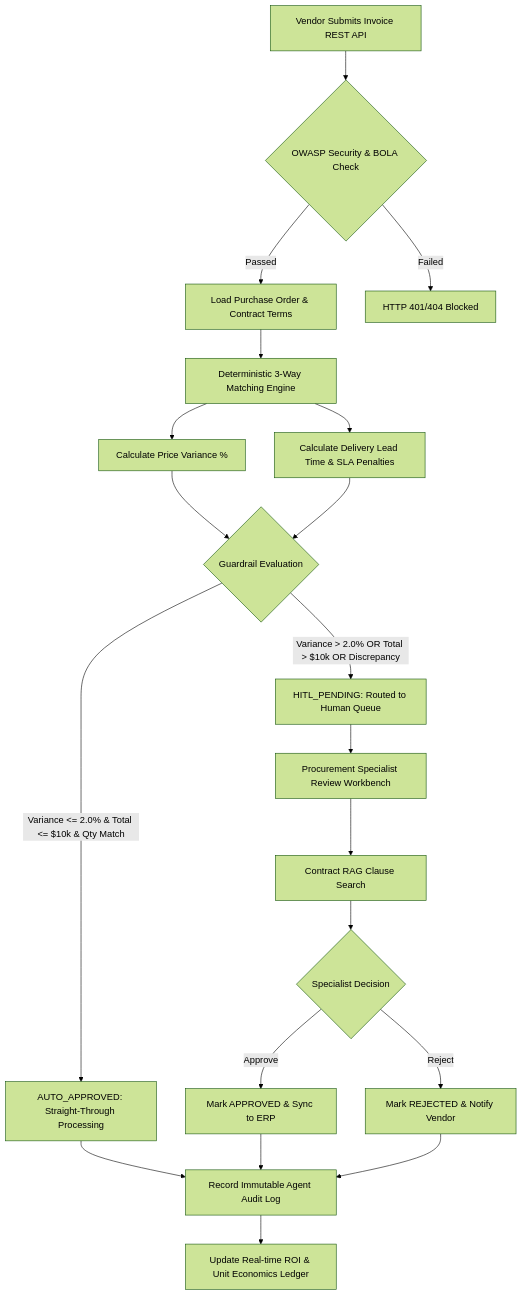
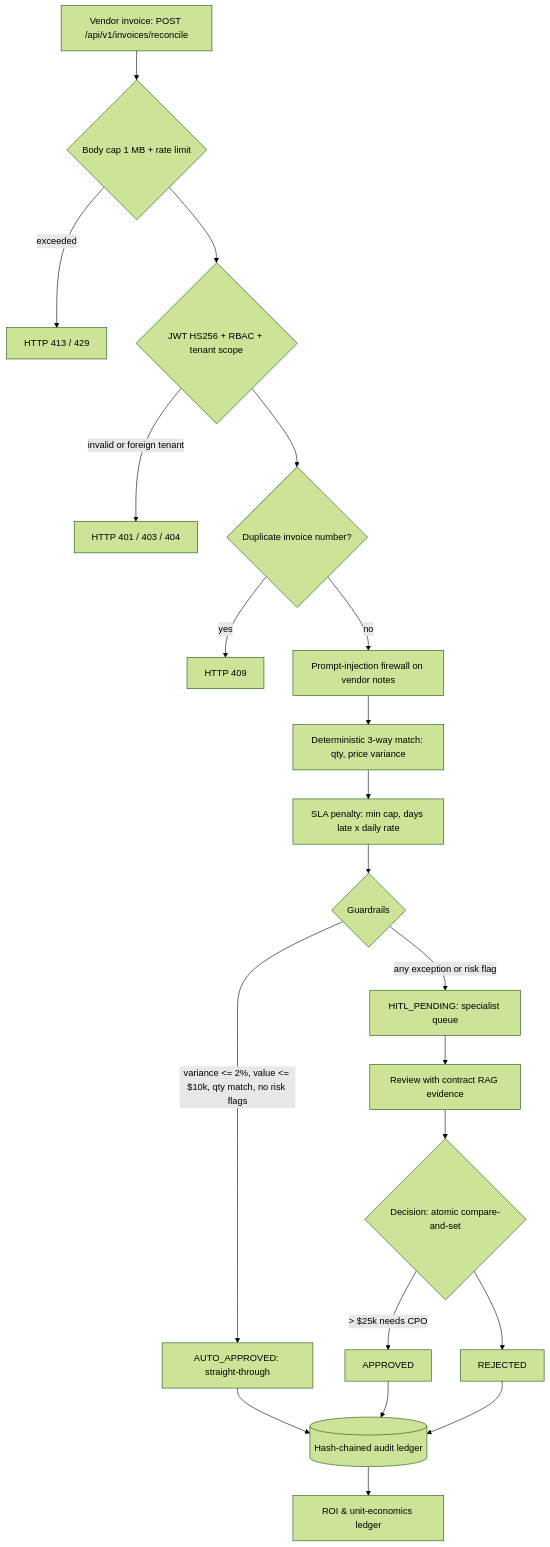
Before and after one commit to samuelhtampubolon/autonomous-b2b-procurement-agent: the diagram in README.md, drawn with Mermaid (forest theme). The commit also changed other lines of this file and 17 other files, not shown here.

````diff
--- a/README.md
+++ b/README.md
@@ -32,25 +48,23 @@
 ```mermaid
 graph TD
-    A[Vendor Submits Invoice REST API] --> B{OWASP Security & BOLA Check}
-    B -->|Passed| C[Load Purchase Order & Contract Terms]
-    B -->|Failed| Z1[HTTP 401/404 Blocked]
-    
-    C --> D[Deterministic 3-Way Matching Engine]
-    D --> E[Calculate Price Variance %]
-    D --> F[Calculate Delivery Lead Time & SLA Penalties]
-    
-    E & F --> G{Guardrail Evaluation}
-    G -->|Variance <= 2.0% & Total <= $10k & Qty Match| H[AUTO_APPROVED: Straight-Through Processing]
-    G -->|Variance > 2.0% OR Total > $10k OR Discrepancy| I[HITL_PENDING: Routed to Human Queue]
-    
-    I --> J[Procurement Specialist Review Workbench]
-    J --> K[Contract RAG Clause Search]
-    K --> L{Specialist Decision}
-    L -->|Approve| M[Mark APPROVED & Sync to ERP]
-    L -->|Reject| N[Mark REJECTED & Notify Vendor]
-    
-    H --> O[Record Immutable Agent Audit Log]
+    A[Vendor invoice: POST /api/v1/invoices/reconcile] --> B{Body cap 1 MB + rate limit}
+    B -->|exceeded| Z0[HTTP 413 / 429]
+    B --> C{JWT HS256 + RBAC + tenant scope}
+    C -->|invalid or foreign tenant| Z1[HTTP 401 / 403 / 404]
+    C --> D{Duplicate invoice number?}
+    D -->|yes| Z2[HTTP 409]
+    D -->|no| E[Prompt-injection firewall on vendor notes]
+    E --> F[Deterministic 3-way match: qty, price variance]
+    F --> G[SLA penalty: min cap, days late x daily rate]
+    G --> H{Guardrails}
+    H -->|variance <= 2%, value <= $10k, qty match, no risk flags| I[AUTO_APPROVED: straight-through]
+    H -->|any exception or risk flag| J[HITL_PENDING: specialist queue]
+    J --> K[Review with contract RAG evidence]
+    K --> L{Decision: atomic compare-and-set}
+    L -->|> $25k needs CPO| M[APPROVED]
+    L --> N[REJECTED]
+    I --> O[(Hash-chained audit ledger)]
     M --> O
     N --> O
-    O --> P[Update Real-time ROI & Unit Economics Ledger]
+    O --> P[ROI & unit-economics ledger]
 ```
````
